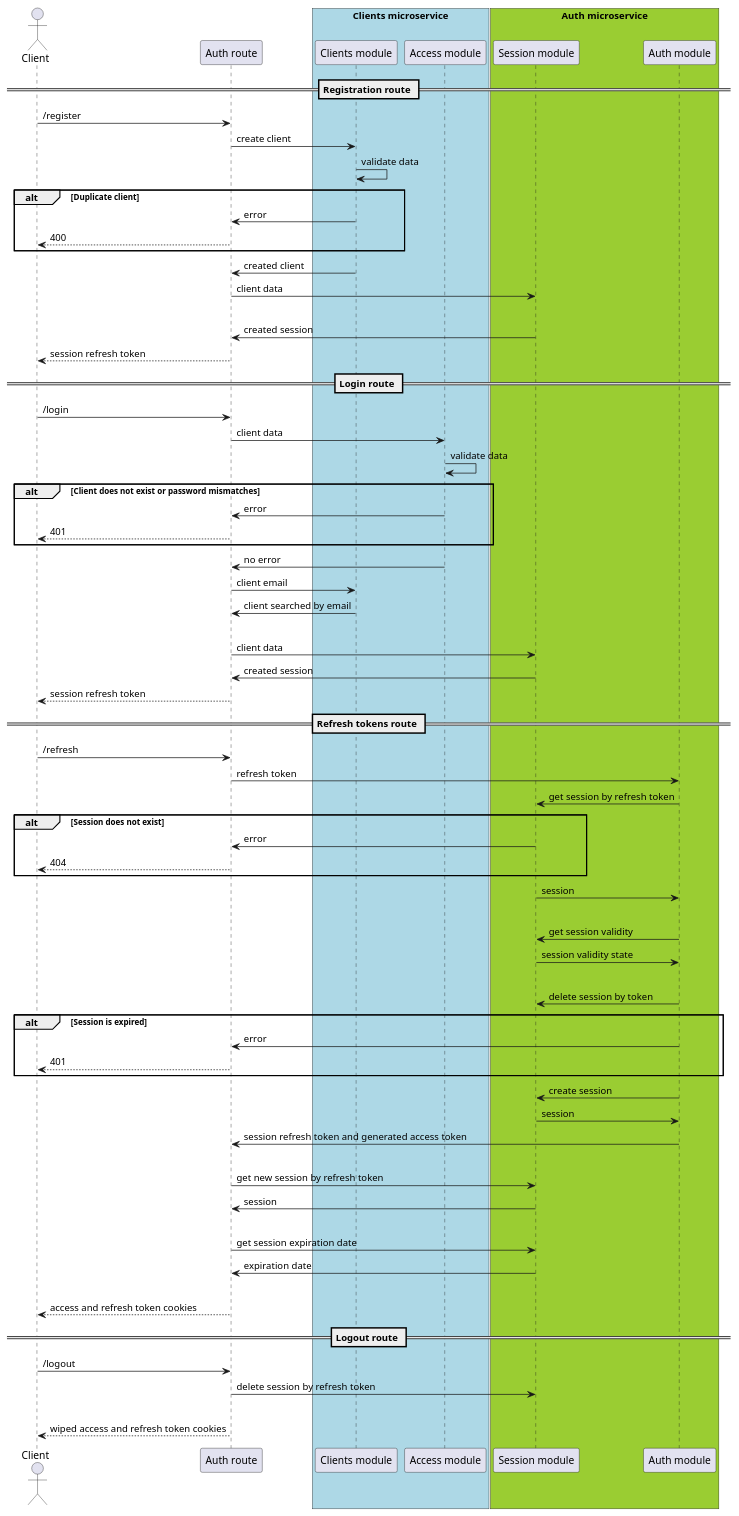
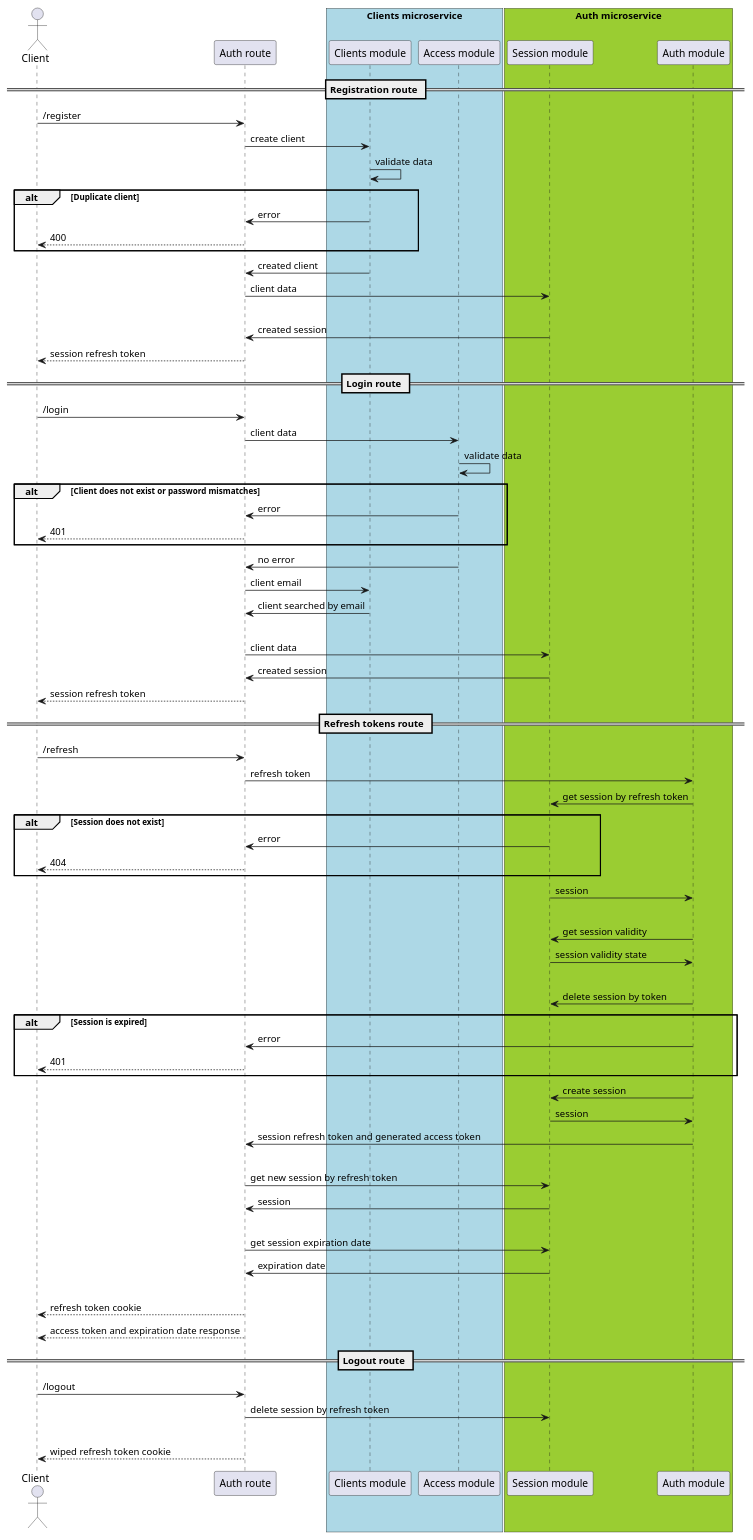
Before and after one commit to async-devil/money-tracker: the diagram in docs/gateway/auth-route.puml, drawn with PlantUML. The commit also changed 1 other file, not shown here.

```diff
--- a/docs/gateway/auth-route.puml
+++ b/docs/gateway/auth-route.puml
@@ -1,95 +1,96 @@
 @startuml auth_route
 
 actor Client as cl
 
 participant "Auth route" as aur
 
 box "Clients microservice" #LightBLue
   participant "Clients module" as clm
   participant "Access module" as acm
 end box
 
 box "Auth microservice" #YellowGreen
   participant "Session module" as ssm
   participant "Auth module" as aum
 end box
 
 == Registration route ==
 
 cl -> aur : /register
 aur -> clm : create client
 clm -> clm : validate data
 
 alt Duplicate client
   clm -> aur : error
   aur --> cl : 400
 end
 
 clm -> aur : created client
 aur -> ssm : client data
 |||
 ssm -> aur : created session
 aur --> cl : session refresh token
 
 == Login route ==
 
 cl -> aur : /login
 aur -> acm : client data
 acm -> acm : validate data
 
 alt  Client does not exist or password mismatches
   acm -> aur : error
   aur --> cl : 401
 end
 
 acm -> aur : no error
 aur -> clm : client email
 clm -> aur : client searched by email
 |||
 aur -> ssm : client data
 ssm -> aur : created session
 aur --> cl : session refresh token
 
 == Refresh tokens route ==
 
 cl -> aur : /refresh
 aur -> aum : refresh token
 aum -> ssm : get session by refresh token
 
 alt Session does not exist
   ssm -> aur : error
   aur --> cl : 404
 end
 
 ssm -> aum : session
 |||
 aum -> ssm : get session validity
 ssm -> aum : session validity state
 |||
 aum -> ssm : delete session by token
 
 alt Session is expired
   aum -> aur : error
   aur --> cl : 401
 end
 
 aum -> ssm : create session
 ssm -> aum : session
 aum -> aur : session refresh token and generated access token
 |||
 aur -> ssm : get new session by refresh token
 ssm -> aur : session
 |||
 aur -> ssm : get session expiration date
 ssm -> aur : expiration date
 |||
-aur --> cl : access and refresh token cookies
+aur --> cl : refresh token cookie
+aur --> cl : access token and expiration date response
 
 == Logout route ==
 
 cl -> aur : /logout
 aur -> ssm : delete session by refresh token
 |||
-aur --> cl : wiped access and refresh token cookies
+aur --> cl : wiped refresh token cookie
 
 @enduml
```
